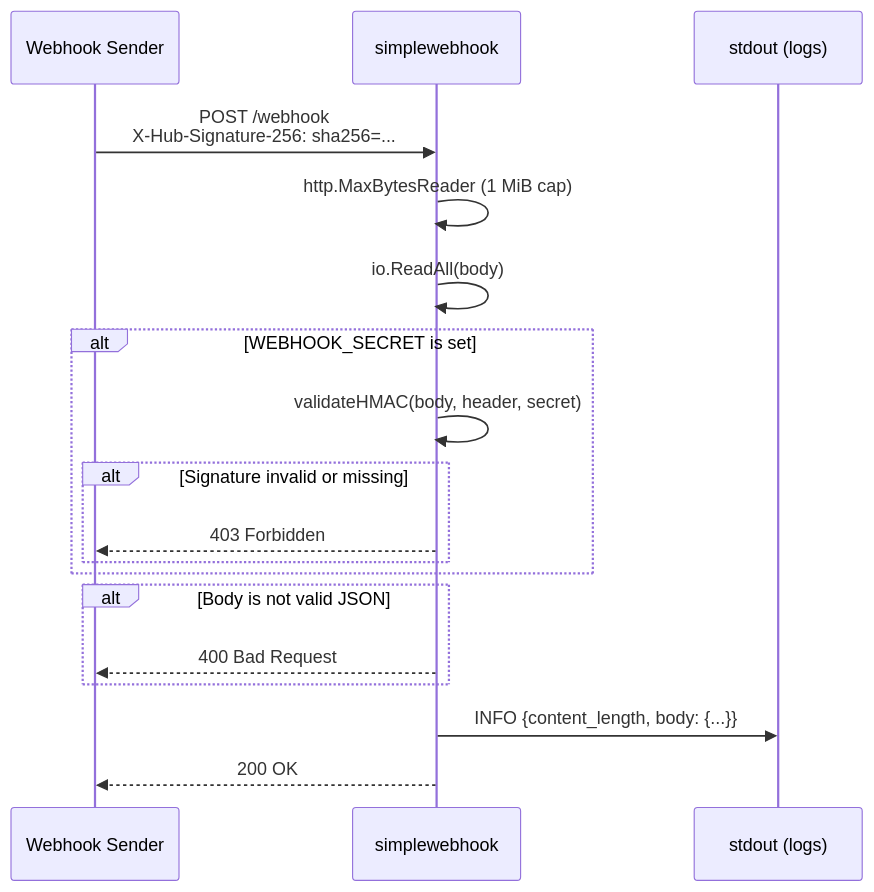
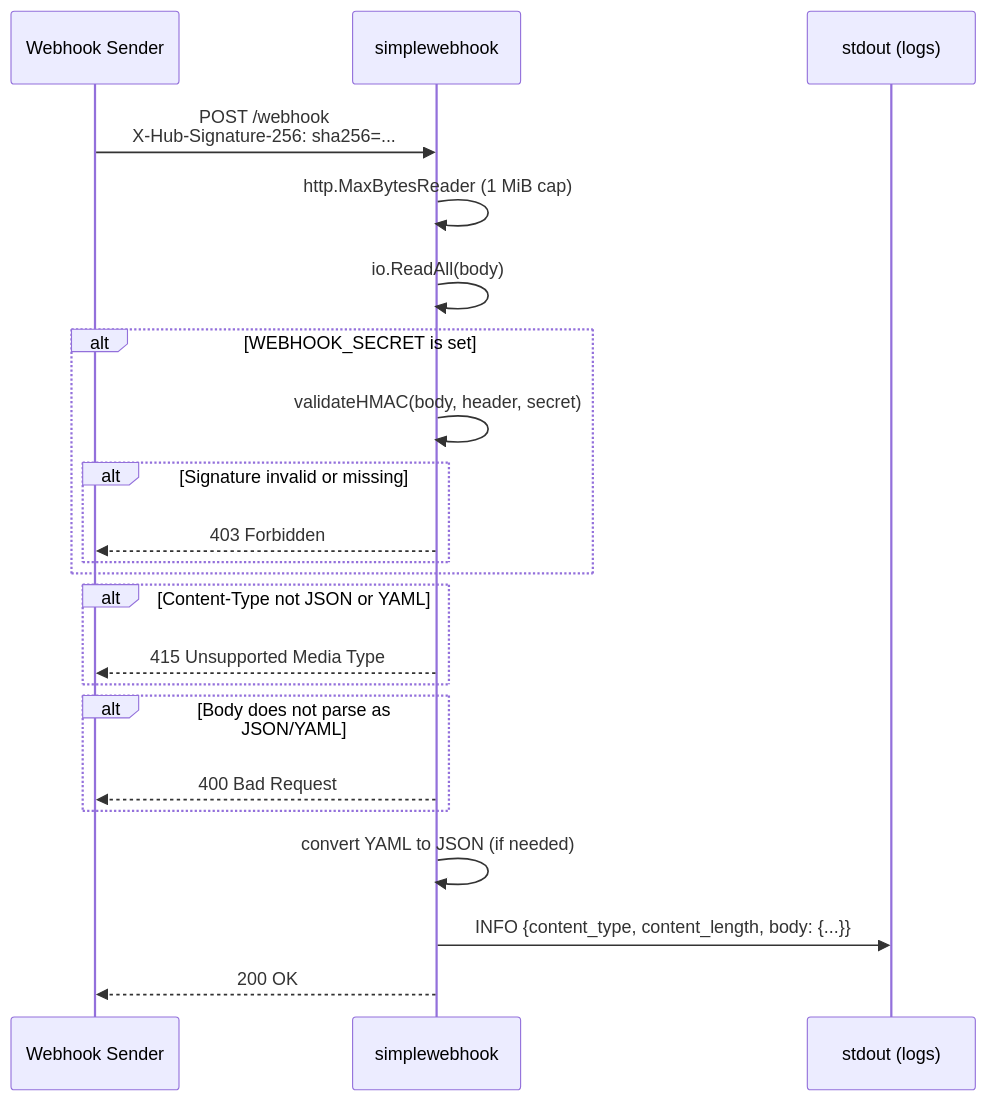
Before and after one commit to kengou/simplewebhook: the first of 2 diagrams in README.md, drawn with Mermaid. The commit also changed other lines of this file and 16 other files, not shown here.

First line of the commit message:
Parse YAML into structured JSON logs, sync docs, clean inherited config (#122)

````diff
--- a/README.md
+++ b/README.md
@@ -216,24 +196,29 @@
 ```mermaid
 sequenceDiagram
     participant C as Webhook Sender
     participant S as simplewebhook
     participant L as stdout (logs)
 
     C->>S: POST /webhook<br/>X-Hub-Signature-256: sha256=...
     S->>S: http.MaxBytesReader (1 MiB cap)
     S->>S: io.ReadAll(body)
 
     alt WEBHOOK_SECRET is set
         S->>S: validateHMAC(body, header, secret)
         alt Signature invalid or missing
             S-->>C: 403 Forbidden
         end
     end
 
-    alt Body is not valid JSON
+    alt Content-Type not JSON or YAML
+        S-->>C: 415 Unsupported Media Type
+    end
+
+    alt Body does not parse as JSON/YAML
         S-->>C: 400 Bad Request
     end
 
-    S->>L: INFO {content_length, body: {...}}
+    S->>S: convert YAML to JSON (if needed)
+    S->>L: INFO {content_type, content_length, body: {...}}
     S-->>C: 200 OK
 ```
````
